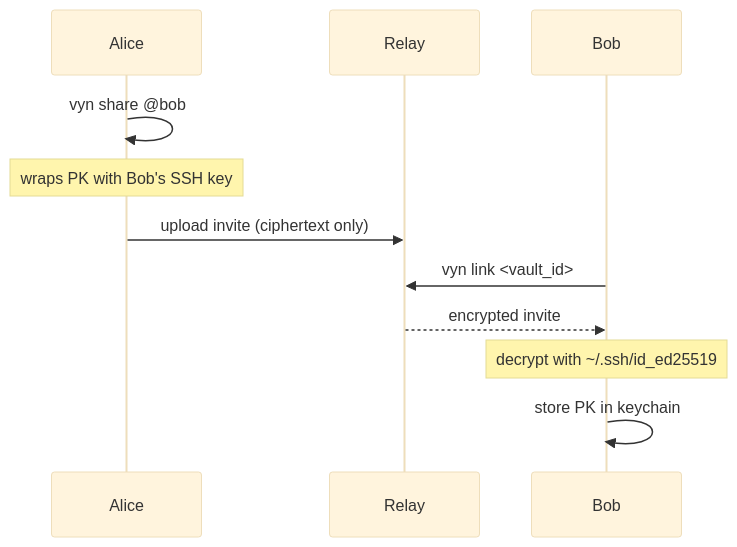
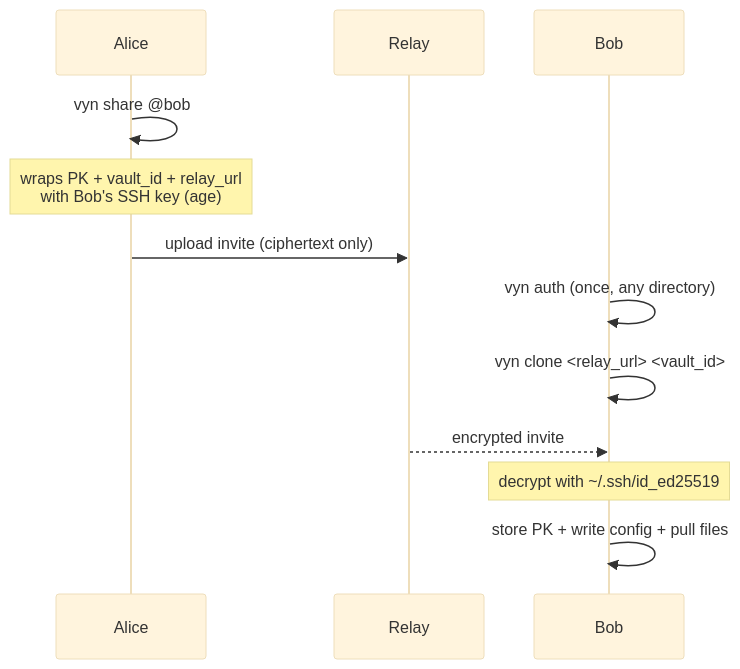
One commit to arnonsang/vyn changed the diagram in docs/src/cli/share-link.md. Above: the diagram before and after it, drawn with Mermaid (base theme). The commit also changed other lines of this file and 44 other files, not shown here.

First line of the commit message:
feat: v0.1.3 - dx improvements, clone, relay inspection, vyn update

````diff
--- a/docs/src/cli/share-link.md
+++ b/docs/src/cli/share-link.md
@@ -58,15 +60,16 @@
 ```mermaid
 sequenceDiagram
   participant Alice
   participant Relay
   participant Bob
 
   Alice->>Alice: vyn share @bob
-  Note over Alice: wraps PK with Bob's SSH key
+  Note over Alice: wraps PK + vault_id + relay_url<br/>with Bob's SSH key (age)
   Alice->>Relay: upload invite (ciphertext only)
 
-  Bob->>Relay: vyn link <vault_id>
+  Bob->>Bob: vyn auth (once, any directory)
+  Bob->>Bob: vyn clone <relay_url> <vault_id>
   Relay-->>Bob: encrypted invite
   Note over Bob: decrypt with ~/.ssh/id_ed25519
-  Bob->>Bob: store PK in keychain
+  Bob->>Bob: store PK + write config + pull files
 ```
````
